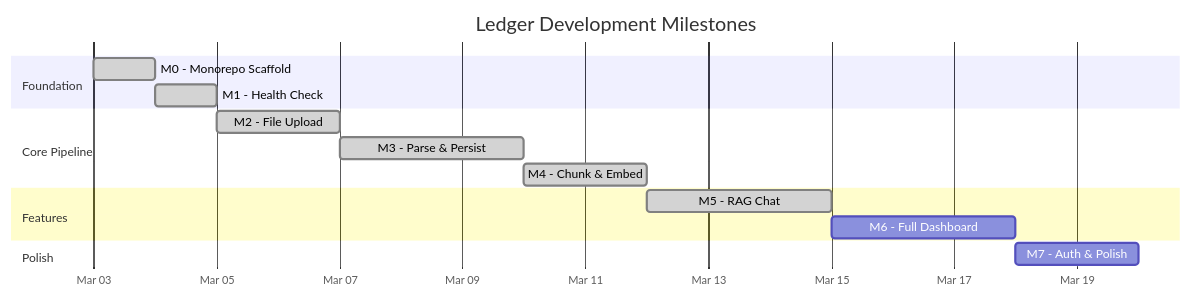
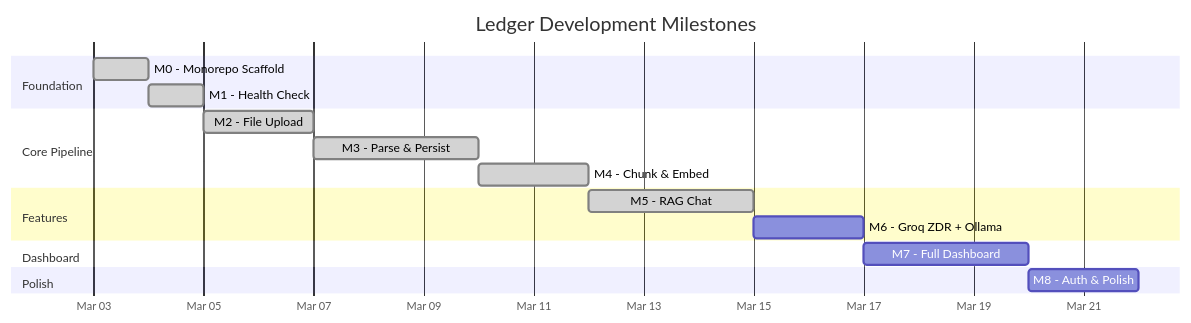
One commit to darth-dodo/ledger changed the fourth of 4 diagrams in docs/product.md. Above: the diagram before and after it, drawn with Mermaid. The commit also changed other lines of this file and 7 other files, not shown here.

First line of the commit message:
docs: renumber milestones to insert M6 (Groq ZDR + Ollama Embeddings)

````diff
--- a/docs/product.md
+++ b/docs/product.md
@@ -171,22 +172,25 @@
 ```mermaid
 gantt
     title Ledger Development Milestones
     dateFormat YYYY-MM-DD
     axisFormat %b %d
 
     section Foundation
         M0 - Monorepo Scaffold       :done, m0, 2026-03-03, 1d
         M1 - Health Check             :done, m1, after m0, 1d
 
     section Core Pipeline
         M2 - File Upload              :done, m2, after m1, 2d
         M3 - Parse & Persist          :done, m3, after m2, 3d
         M4 - Chunk & Embed            :done, m4, after m3, 2d
 
     section Features
         M5 - RAG Chat                 :done, m5, after m4, 3d
-        M6 - Full Dashboard           :m6, after m5, 3d
+        M6 - Groq ZDR + Ollama        :m6, after m5, 2d
+
+    section Dashboard
+        M7 - Full Dashboard           :m7, after m6, 3d
 
     section Polish
-        M7 - Auth & Polish            :m7, after m6, 2d
+        M8 - Auth & Polish            :m8, after m7, 2d
 ```
````
